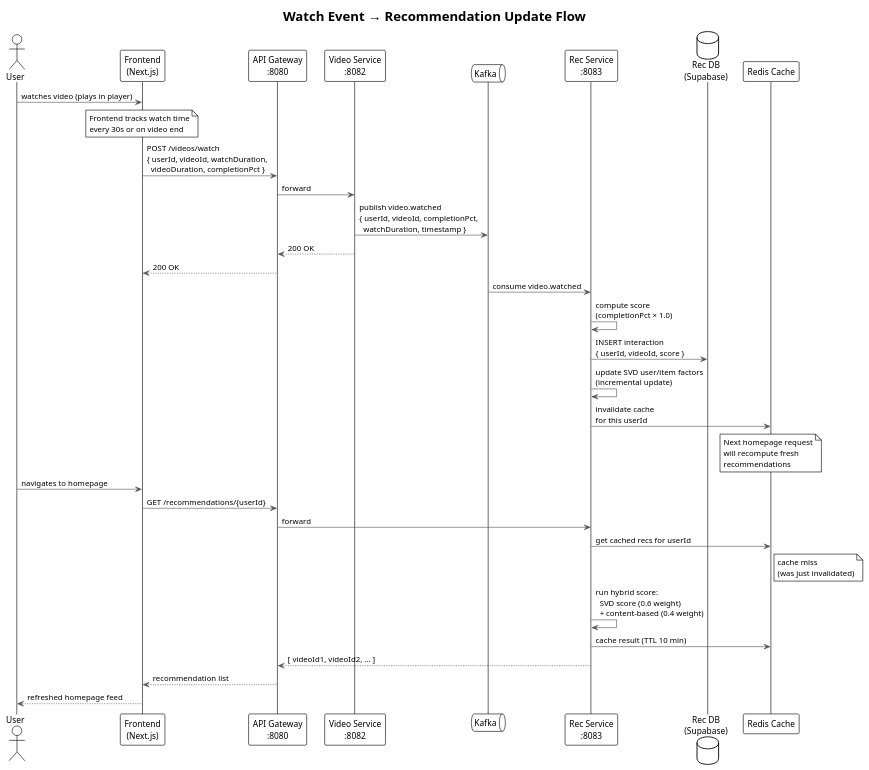
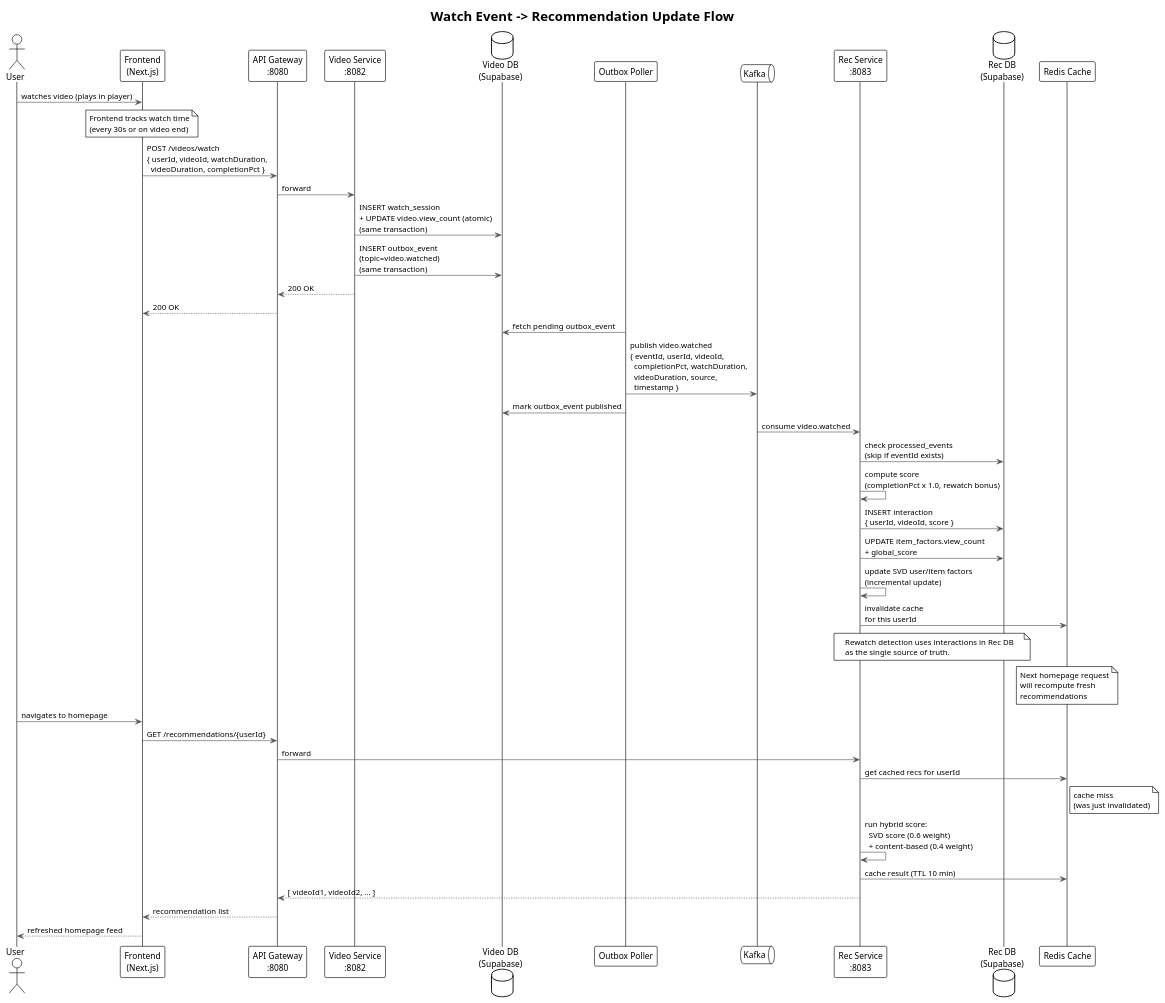
One commit to AmnsAmr/recommendation_sys changed the diagram in uml/06_sequence_watch_recommendation.puml. Above: the diagram before and after it, drawn with PlantUML. The commit also changed 18 other files, not shown here.

```diff
--- a/uml/06_sequence_watch_recommendation.puml
+++ b/uml/06_sequence_watch_recommendation.puml
@@ -1,50 +1,63 @@
-@startuml Watch Event & Recommendation Update — Sequence Diagram
+@startuml Watch Event & Recommendation Update -- Sequence Diagram
 !theme plain
 skinparam backgroundColor #FFFFFF
 skinparam defaultFontName Arial
 skinparam SequenceArrowColor #555555
 skinparam SequenceBoxBorderColor #888888
 
-title Watch Event → Recommendation Update Flow
+title Watch Event -> Recommendation Update Flow
 
 actor "User" as user
 participant "Frontend\n(Next.js)" as fe
 participant "API Gateway\n:8080" as gw
 participant "Video Service\n:8082" as vs
+database "Video DB\n(Supabase)" as videoDb
+participant "Outbox Poller" as poller
 queue "Kafka" as kafka
 participant "Rec Service\n:8083" as rec
 database "Rec DB\n(Supabase)" as recDb
 participant "Redis Cache" as redis
 
 user -> fe : watches video (plays in player)
 
-note over fe : Frontend tracks watch time\nevery 30s or on video end
+note over fe : Frontend tracks watch time\n(every 30s or on video end)
 
 fe -> gw : POST /videos/watch\n{ userId, videoId, watchDuration,\n  videoDuration, completionPct }
 gw -> vs : forward
-vs -> kafka : publish video.watched\n{ userId, videoId, completionPct,\n  watchDuration, timestamp }
+vs -> videoDb : INSERT watch_session\n+ UPDATE video.view_count (atomic)\n(same transaction)
+vs -> videoDb : INSERT outbox_event\n(topic=video.watched)\n(same transaction)
 vs --> gw : 200 OK
 gw --> fe : 200 OK
 
+poller -> videoDb : fetch pending outbox_event
+poller -> kafka : publish video.watched\n{ eventId, userId, videoId,\n  completionPct, watchDuration,\n  videoDuration, source,\n  timestamp }
+poller -> videoDb : mark outbox_event published
+
 kafka -> rec : consume video.watched
-
-rec -> rec : compute score\n(completionPct × 1.0)
+rec -> recDb : check processed_events\n(skip if eventId exists)
+rec -> rec : compute score\n(completionPct x 1.0, rewatch bonus)
 rec -> recDb : INSERT interaction\n{ userId, videoId, score }
+rec -> recDb : UPDATE item_factors.view_count\n+ global_score
 rec -> rec : update SVD user/item factors\n(incremental update)
 rec -> redis : invalidate cache\nfor this userId
+
+note over rec, recDb
+  Rewatch detection uses interactions in Rec DB
+  as the single source of truth.
+end note
 
 note over redis : Next homepage request\nwill recompute fresh\nrecommendations
 
 user -> fe : navigates to homepage
 
 fe -> gw : GET /recommendations/{userId}
 gw -> rec : forward
 rec -> redis : get cached recs for userId
 note right of redis : cache miss\n(was just invalidated)
 rec -> rec : run hybrid score:\n  SVD score (0.6 weight)\n  + content-based (0.4 weight)
 rec -> redis : cache result (TTL 10 min)
 rec --> gw : [ videoId1, videoId2, ... ]
 gw --> fe : recommendation list
 fe --> user : refreshed homepage feed
 
 @enduml
```
